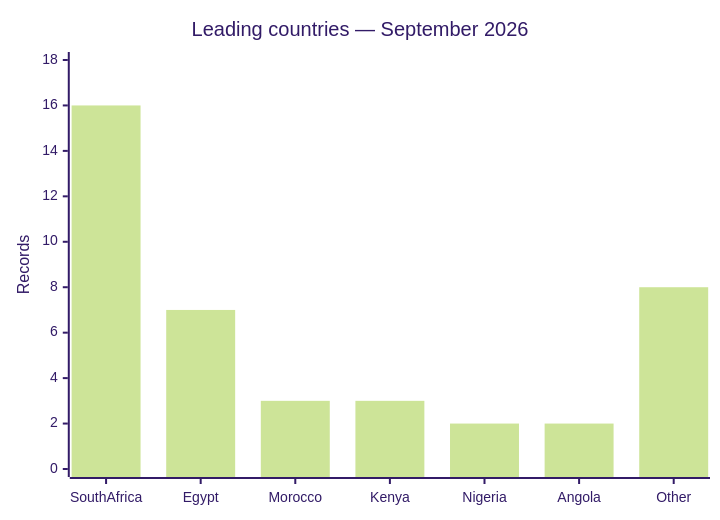
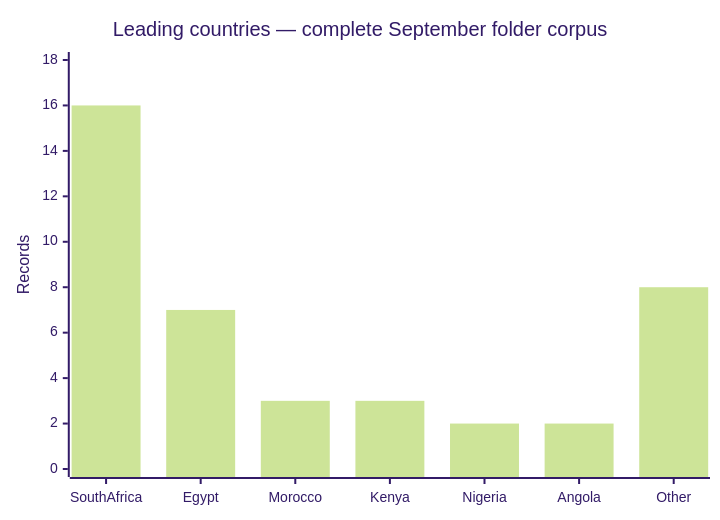
Before and after one commit to Hatchepsoute/AFRINTEL: the fourth of 10 diagrams in CyberAttackAfrica/2026/09-september/README.md, drawn with Mermaid (forest theme). The commit also changed other lines of this file and 30 other files, not shown here.

````diff
--- a/CyberAttackAfrica/2026/09-september/README.md
+++ b/CyberAttackAfrica/2026/09-september/README.md
@@ -120,7 +170,7 @@
 ```mermaid
 xychart-beta
-    title "Leading countries — September 2026"
+    title "Leading countries — complete September folder corpus"
     x-axis [SouthAfrica, Egypt, Morocco, Kenya, Nigeria, Angola, Other]
     y-axis "Records" 0 --> 18
     bar [16, 7, 3, 3, 2, 2, 8]
 ```
````
